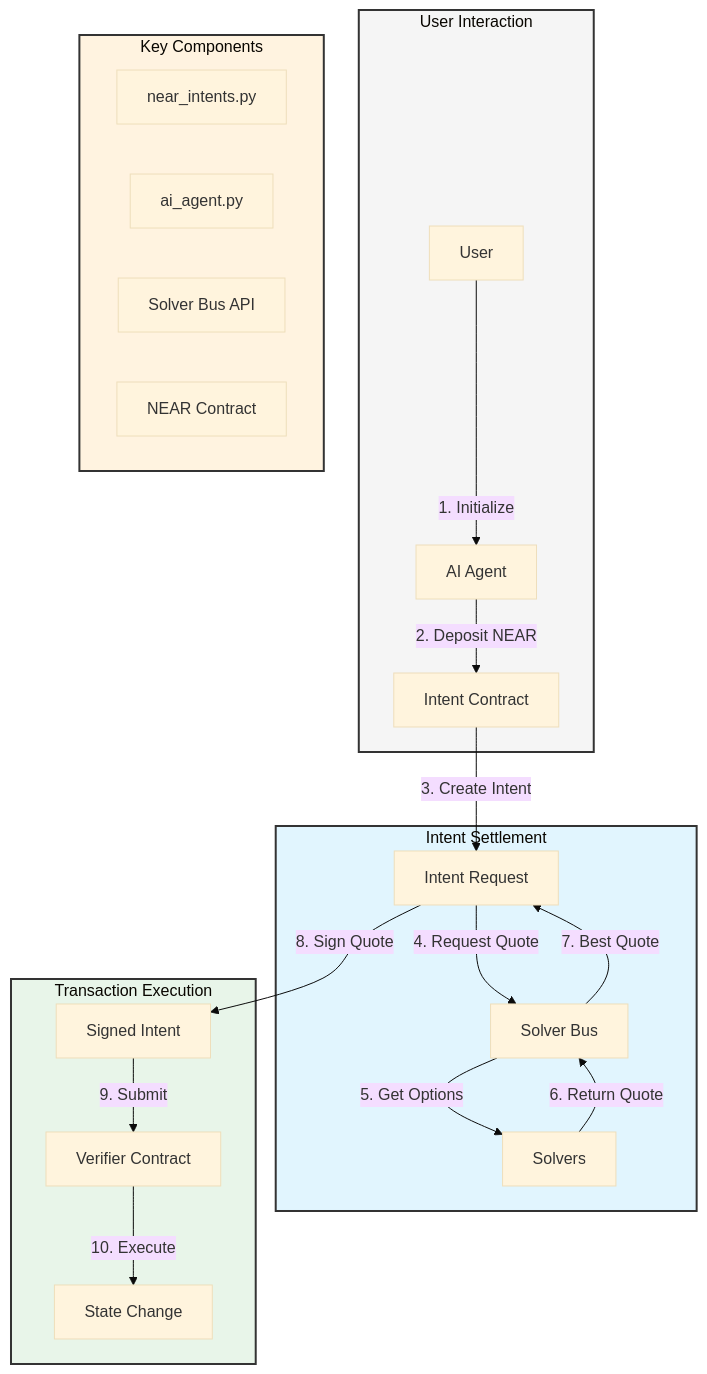
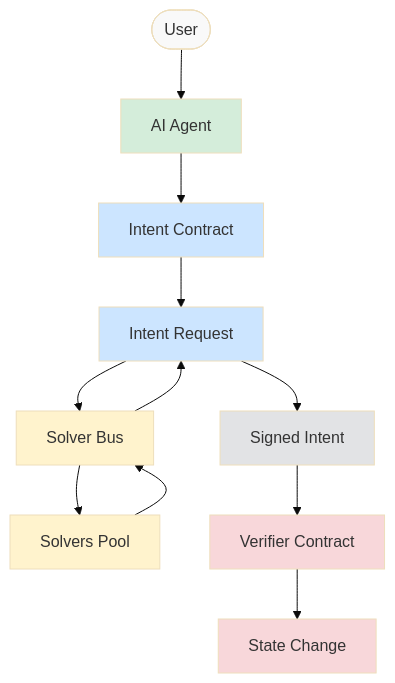
Before and after one commit to jbarnes850/near-intents-example: the diagram in README.md, drawn with Mermaid (base theme). The commit also changed other lines of this file, not shown here.

````diff
--- a/README.md
+++ b/README.md
@@ -9,33 +9,23 @@
 ```mermaid
-graph TB
-    subgraph User["User Interaction"]
-        A[User] -->|1. Initialize| B[AI Agent]
-        B -->|2. Deposit NEAR| C[Intent Contract]
-    end
+graph TD
+    A([User]) --> B[AI Agent]
+    B --> C[Intent Contract]
+    C --> D[Intent Request]
+    D --> E[Solver Bus]
+    E --> F[Solvers Pool]
+    F --> E
+    E --> D
+    D --> G[Signed Intent]
+    G --> H[Verifier Contract]
+    H --> I[State Change]
 
-    subgraph Intent["Intent Settlement"]
-        C -->|3. Create Intent| D[Intent Request]
-        D -->|4. Request Quote| E[Solver Bus]
-        E -->|5. Get Options| F[Solvers]
-        F -->|6. Return Quote| E
-        E -->|7. Best Quote| D
-    end
-
-    subgraph Execution["Transaction Execution"]
-        D -->|8. Sign Quote| G[Signed Intent]
-        G -->|9. Submit| H[Verifier Contract]
-        H -->|10. Execute| I[State Change]
-    end
-
-    subgraph Components["Key Components"]
-        J[near_intents.py]
-        K[ai_agent.py]
-        L[Solver Bus API]
-        M[NEAR Contract]
-    end
-
-    style User fill:#f5f5f5,stroke:#333,stroke-width:2px
-    style Intent fill:#e1f5fe,stroke:#333,stroke-width:2px
-    style Execution fill:#e8f5e9,stroke:#333,stroke-width:2px
-    style Components fill:#fff3e0,stroke:#333,stroke-width:2px
+    style A fill:#f9f9f9
+    style B fill:#d4edda
+    style C fill:#cce5ff
+    style D fill:#cce5ff
+    style E fill:#fff3cd
+    style F fill:#fff3cd
+    style G fill:#e2e3e5
+    style H fill:#f8d7da
+    style I fill:#f8d7da
 ```
````
